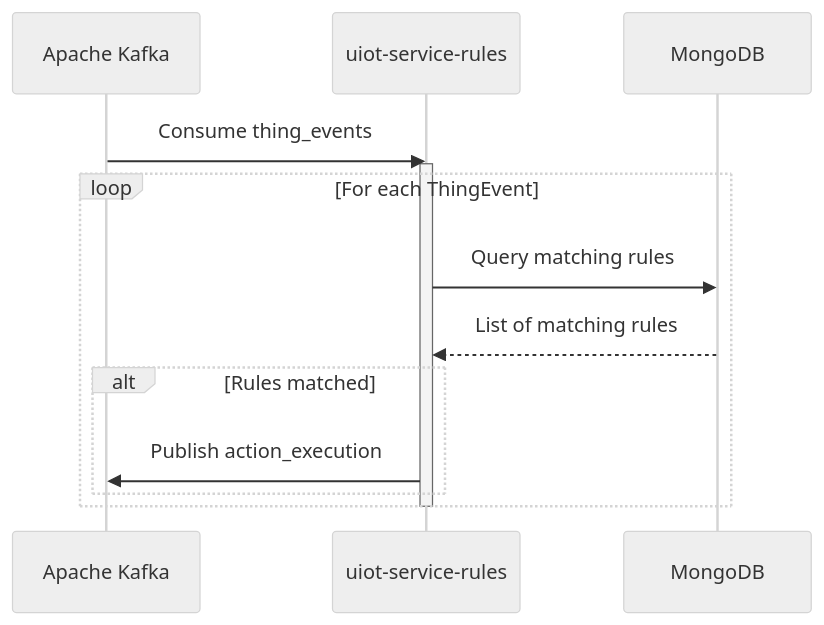
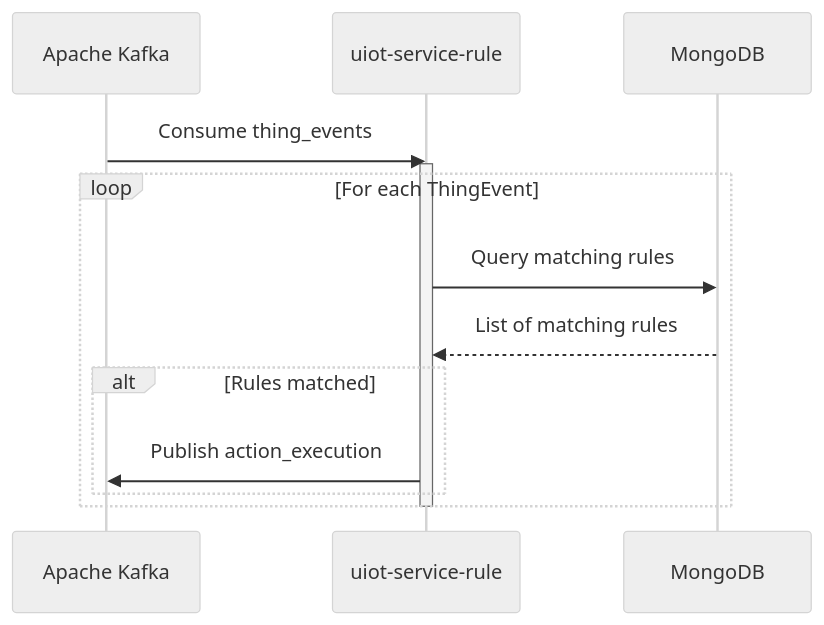
One commit to malczuuu/uiot changed the fifth of 6 diagrams in README.md. Above: the diagram before and after it, drawn with Mermaid (neutral theme). The commit also changed other lines of this file and 230 other files, not shown here.

````diff
--- a/README.md
+++ b/README.md
@@ -187,18 +186,18 @@
 ```mermaid
 sequenceDiagram
     participant Kafka as Apache Kafka
-    participant RulesService as uiot-service-rules
+    participant RulesService as uiot-service-rule
     participant MongoDB
     Kafka ->> RulesService: Consume thing_events
     activate RulesService
 
     loop For each ThingEvent
         RulesService ->> MongoDB: Query matching rules
         MongoDB -->> RulesService: List of matching rules
 
         alt Rules matched
             RulesService ->> Kafka: Publish action_execution
         end
     end
     deactivate RulesService
 ```
````
